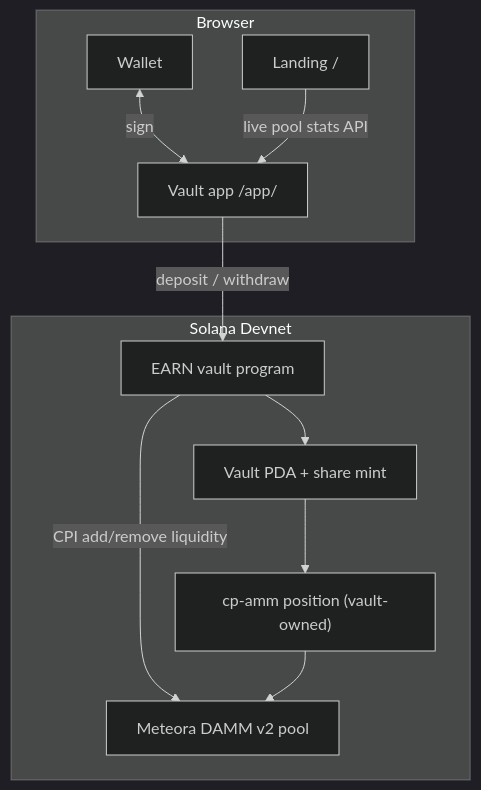
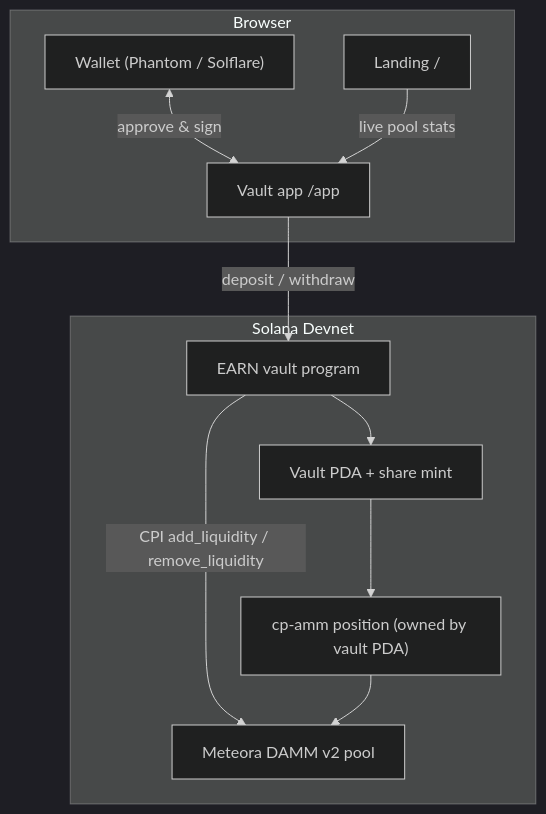
One commit to swift-pixel66/earnonsol changed the diagram in README.md. Above: the diagram before and after it, drawn with Mermaid (dark theme). The commit also changed other lines of this file, not shown here.

Commit message:
docs: polish README for hackathon submission (live demo, architecture, verification)

````diff
--- a/README.md
+++ b/README.md
@@ -70,21 +46,20 @@
 ```mermaid
 flowchart TB
   subgraph Browser
-    Home["Landing /"]
-    App["Vault app /app/"]
-    Wallet["Wallet"]
-    Wallet <-->|sign| App
+    Landing["Landing /"]
+    App["Vault app /app"]
+    Wallet["Wallet (Phantom / Solflare)"]
+    Wallet <-->|approve & sign| App
   end
   subgraph Solana["Solana Devnet"]
-    Program["EARN vault program"]
+    Prog["EARN vault program"]
     Vault["Vault PDA + share mint"]
-    Pos["cp-amm position (vault-owned)"]
+    Pos["cp-amm position (owned by vault PDA)"]
     Pool["Meteora DAMM v2 pool"]
-    Program --> Vault
-    Program -->|CPI add/remove liquidity| Pool
-    Vault --> Pos
-    Pos --> Pool
+    Prog --> Vault
+    Prog -->|CPI add_liquidity / remove_liquidity| Pool
+    Vault --> Pos --> Pool
   end
-  Home -->|live pool stats API| App
-  App -->|deposit / withdraw| Program
+  Landing -->|live pool stats| App
+  App -->|deposit / withdraw| Prog
 ```
````
